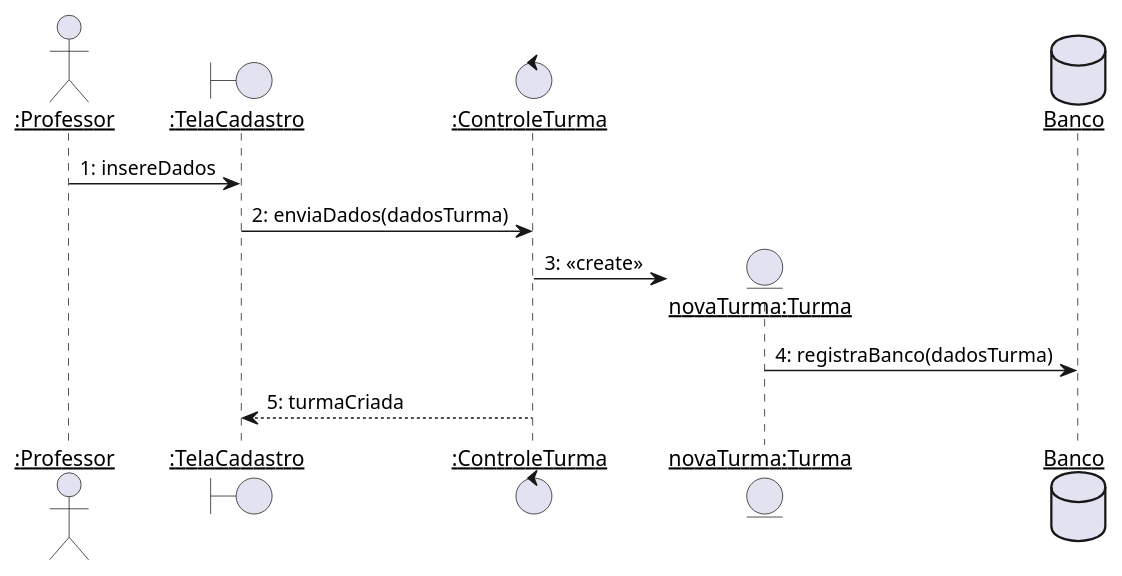
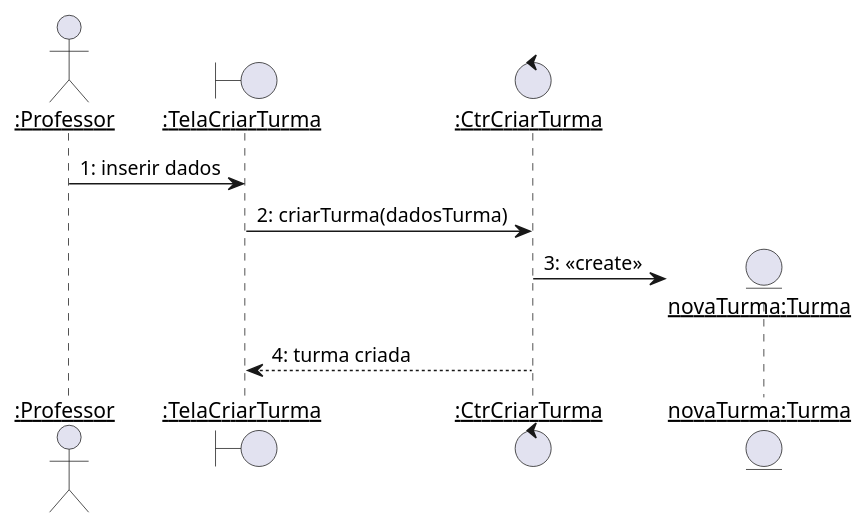
Before and after one commit to Pedro-V/projetorium: the diagram in diagramas/sequencia/criar_turma.puml, drawn with PlantUML. The commit also changed 18 other files, not shown here.

```diff
--- a/diagramas/sequencia/criar_turma.puml
+++ b/diagramas/sequencia/criar_turma.puml
@@ -1,15 +1,14 @@
-@startuml
+@startuml criar_Turma
 skinparam sequenceParticipant underline
 
 actor ":Professor"  as Professor
-boundary ":TelaCadastro"    as TelaCadastro
-control ":ControleTurma" as ControleTurma
+boundary ":TelaCriarTurma" as TelaCriarTurma
+control ":CtrCriarTurma" as CtrCriarTurma
 entity "novaTurma:Turma" as novaTurma
-database Banco
 
-Professor -> TelaCadastro : 1: insereDados
-TelaCadastro -> ControleTurma : 2: enviaDados(dadosTurma)
-ControleTurma -> novaTurma **: 3: <<create>>
-novaTurma -> Banco : 4: registraBanco(dadosTurma)
-ControleTurma --> TelaCadastro : 5: turmaCriada
+Professor -> TelaCriarTurma : 1: inserir dados
+TelaCriarTurma -> CtrCriarTurma : 2: criarTurma(dadosTurma)
+CtrCriarTurma -> novaTurma **: 3: <<create>>
+
+CtrCriarTurma --> TelaCriarTurma : 4: turma criada
 @enduml
```
